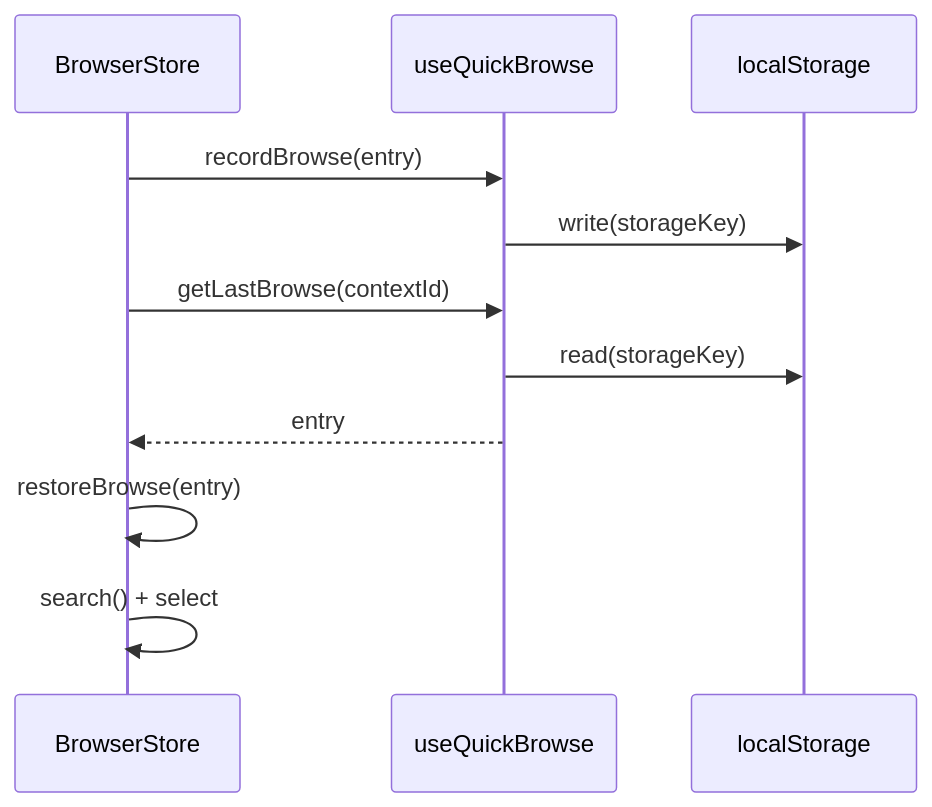
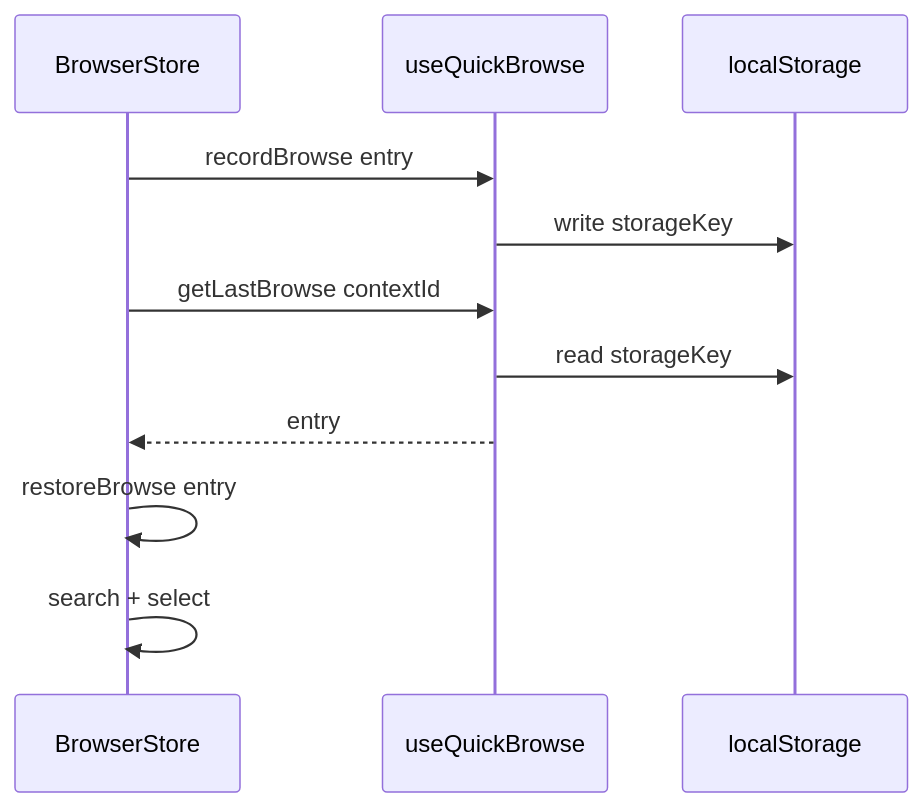
Before and after one commit to MarkusTratschitt/Drumcomputer: the diagram in diagrams/quick-browse.md, drawn with Mermaid. The commit also changed 9 other files, not shown here.

Commit message:
feat: update mermaid diagrams for improved clarity and consistency in function calls

````diff
--- a/diagrams/quick-browse.md
+++ b/diagrams/quick-browse.md
@@ -3,15 +3,15 @@
 ```mermaid
 sequenceDiagram
     participant Browser as BrowserStore
     participant Quick as useQuickBrowse
     participant Storage as localStorage
 
-    Browser->>Quick: recordBrowse(entry)
-    Quick->>Storage: write(storageKey)
+    Browser->>Quick: recordBrowse entry
+    Quick->>Storage: write storageKey
 
-    Browser->>Quick: getLastBrowse(contextId)
-    Quick->>Storage: read(storageKey)
+    Browser->>Quick: getLastBrowse contextId
+    Quick->>Storage: read storageKey
     Quick-->>Browser: entry
-    Browser->>Browser: restoreBrowse(entry)
-    Browser->>Browser: search() + select
+    Browser->>Browser: restoreBrowse entry
+    Browser->>Browser: search + select
 ```
````
